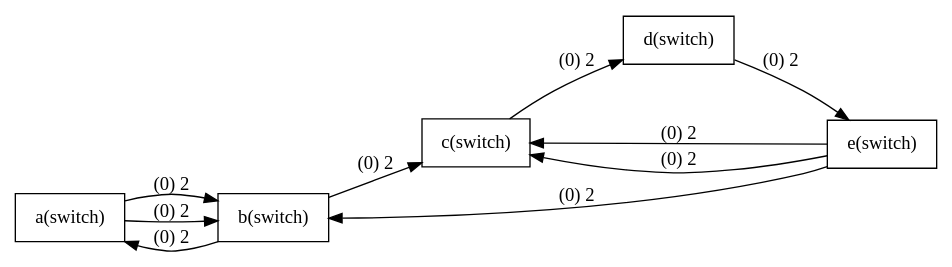
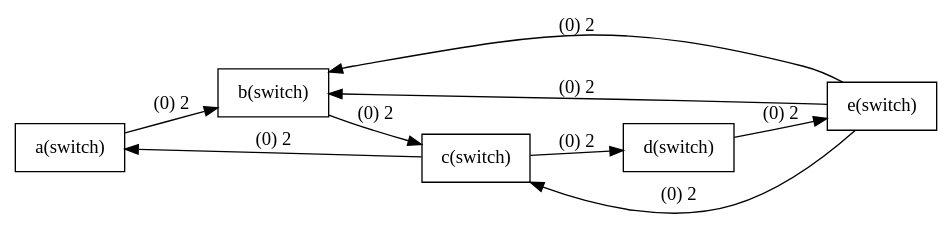
One commit to claireyy23/2019-spring-gt changed the diagram in plot.dot. Above: the diagram before and after it, drawn with Graphviz. The commit also changed 2 other files, not shown here.

```diff
--- a/plot.dot
+++ b/plot.dot
@@ -1,33 +1,30 @@
 digraph G{
 rankdir=LR;
 node [shape=record];
 
 a [label="a(switch)"];
 b [label="b(switch)"];
 a->b[label="(0) 2"];
 b [label="b(switch)"];
 c [label="c(switch)"];
 b->c[label="(0) 2"];
 c [label="c(switch)"];
-d [label="d(switch)"];
-c->d[label="(0) 2"];
+a [label="a(switch)"];
+c->a[label="(0) 2"];
 d [label="d(switch)"];
 e [label="e(switch)"];
 d->e[label="(0) 2"];
 e [label="e(switch)"];
+c [label="c(switch)"];
+e->c[label="(0) 2"];
+c [label="c(switch)"];
+d [label="d(switch)"];
+c->d[label="(0) 2"];
+e [label="e(switch)"];
 b [label="b(switch)"];
 e->b[label="(0) 2"];
 e [label="e(switch)"];
-c [label="c(switch)"];
-e->c[label="(0) 2"];
-a [label="a(switch)"];
 b [label="b(switch)"];
-a->b[label="(0) 2"];
-b [label="b(switch)"];
-a [label="a(switch)"];
-b->a[label="(0) 2"];
-e [label="e(switch)"];
-c [label="c(switch)"];
-e->c[label="(0) 2"];
+e->b[label="(0) 2"];
 
 }
```
